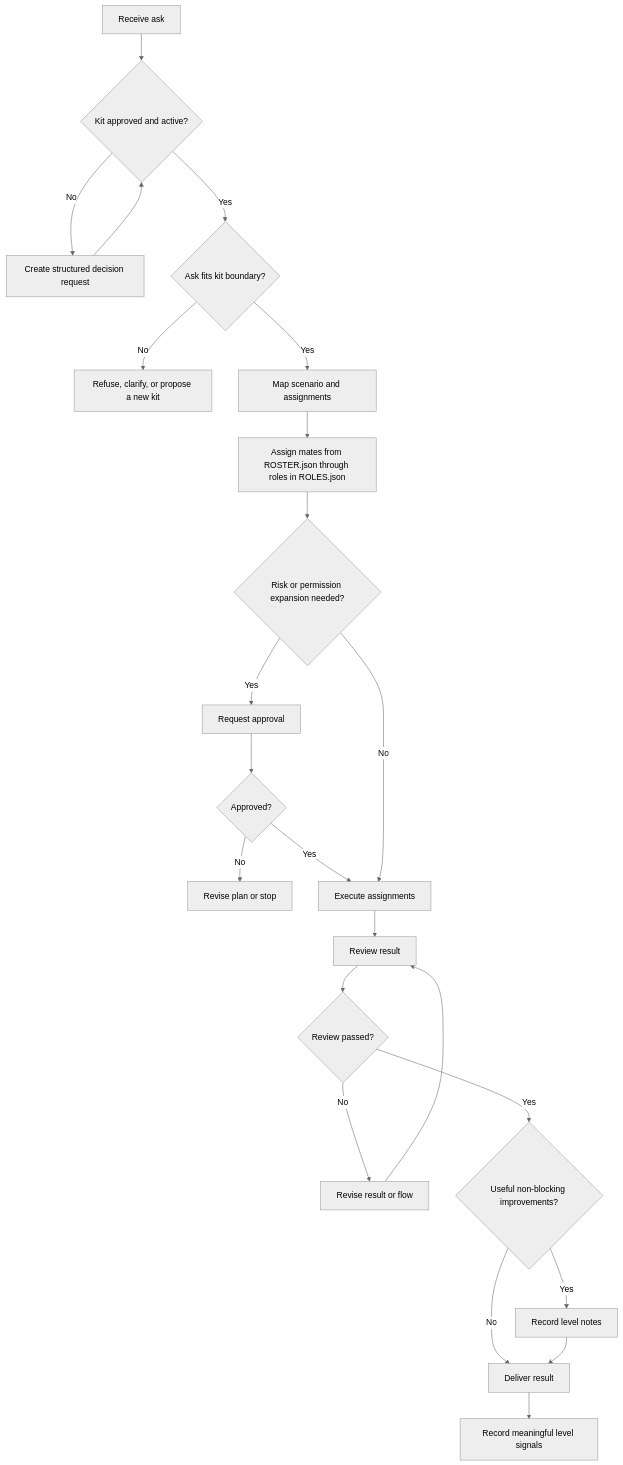
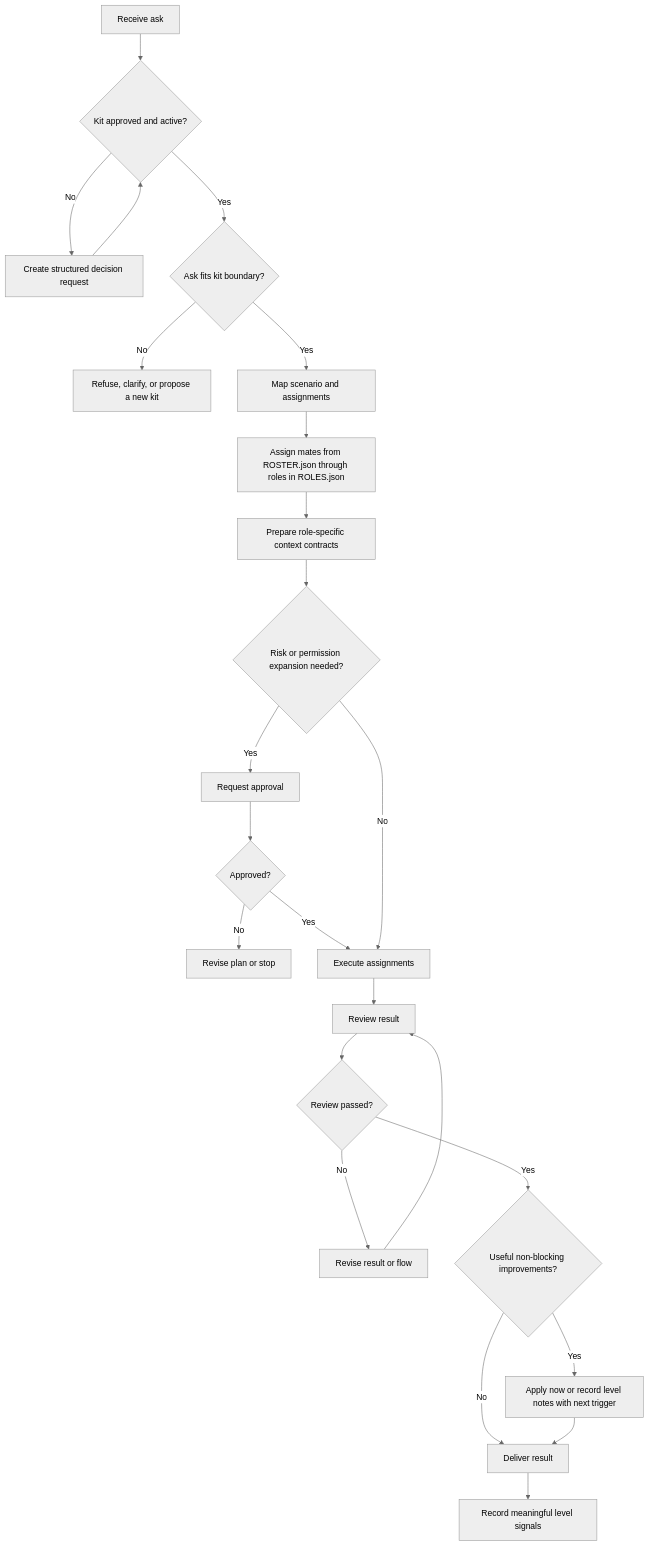
One commit to liktudy/askdo changed the diagram in templates/kit/FLOW.md. Above: the diagram before and after it, drawn with Mermaid (neutral theme). The commit also changed other lines of this file and 53 other files, not shown here.

````diff
--- a/templates/kit/FLOW.md
+++ b/templates/kit/FLOW.md
@@ -14,25 +14,26 @@
 ```mermaid
 flowchart TD
   A["Receive ask"] --> B{"Kit approved and active?"}
   B -- "No" --> C["Create structured decision request"]
   C --> B
   B -- "Yes" --> D{"Ask fits kit boundary?"}
   D -- "No" --> E["Refuse, clarify, or propose a new kit"]
   D -- "Yes" --> F["Map scenario and assignments"]
   F --> G["Assign mates from ROSTER.json through roles in ROLES.json"]
-  G --> H{"Risk or permission expansion needed?"}
+  G --> X["Prepare role-specific context contracts"]
+  X --> H{"Risk or permission expansion needed?"}
   H -- "Yes" --> I["Request approval"]
   I --> J{"Approved?"}
   J -- "No" --> K["Revise plan or stop"]
   J -- "Yes" --> L["Execute assignments"]
   H -- "No" --> L
   L --> M["Review result"]
   M --> N{"Review passed?"}
   N -- "No" --> O["Revise result or flow"]
   O --> M
   N -- "Yes" --> R{"Useful non-blocking improvements?"}
-  R -- "Yes" --> S["Record level notes"]
+  R -- "Yes" --> S["Apply now or record level notes with next trigger"]
   R -- "No" --> P["Deliver result"]
   S --> P
   P --> Q["Record meaningful level signals"]
 ```
````
